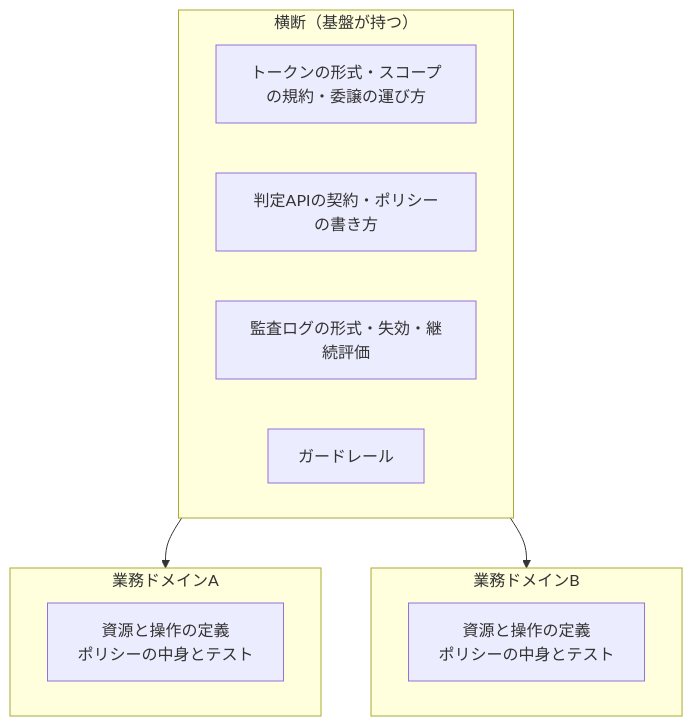
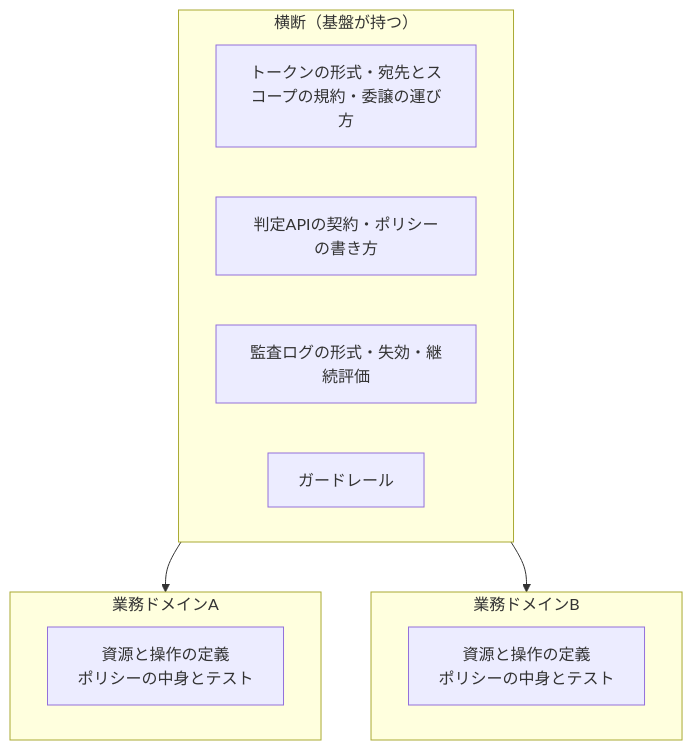
The second of 4 diagrams in content/ja/posts/authorization-platform-scope-stages.md (bmf-san/bmf-tech), drawn with Mermaid before and after one commit. The commit also changed other lines of this file and 1 other file, not shown here.

First line of the commit message:
fix: 認可基盤の範囲の記事のまとめ・表・図を本文の限定に合わせる

````diff
--- a/content/ja/posts/authorization-platform-scope-stages.md
+++ b/content/ja/posts/authorization-platform-scope-stages.md
@@ -113,17 +113,17 @@
 ```mermaid
 flowchart TB
   subgraph Shared["横断（基盤が持つ）"]
-    T["トークンの形式・スコープの規約・委譲の運び方"]
+    T["トークンの形式・宛先とスコープの規約・委譲の運び方"]
     API["判定APIの契約・ポリシーの書き方"]
     LOG["監査ログの形式・失効・継続評価"]
     G["ガードレール"]
   end
   subgraph DomainA["業務ドメインA"]
     PA["資源と操作の定義<br/>ポリシーの中身とテスト"]
   end
   subgraph DomainB["業務ドメインB"]
     PB["資源と操作の定義<br/>ポリシーの中身とテスト"]
   end
   Shared --> DomainA
   Shared --> DomainB
 ```
````
